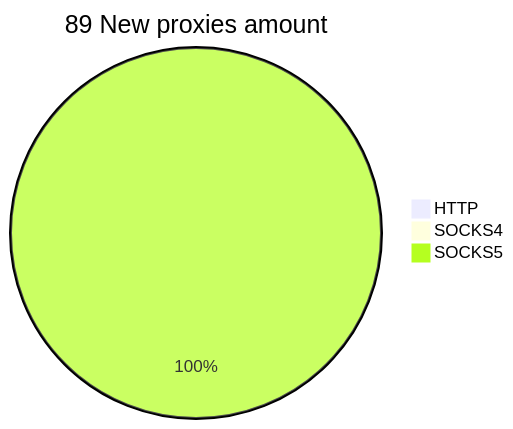
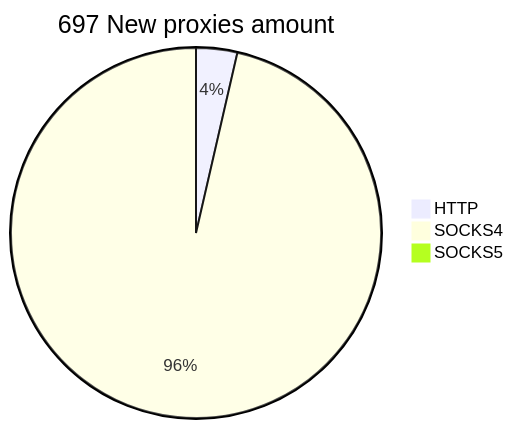
The second of 2 diagrams in README.md (cutipu/proxylist), drawn with Mermaid before and after one commit. The commit also changed other lines of this file, not shown here.

````diff
--- a/README.md
+++ b/README.md
@@ -10,6 +10,6 @@
 ```mermaid
-pie title 89 New proxies amount
-    "HTTP" : 0
-    "SOCKS4" : 0
-    "SOCKS5" : 89
+pie title 697 New proxies amount
+    "HTTP" : 25
+    "SOCKS4" : 671
+    "SOCKS5" : 1
 ```
````
